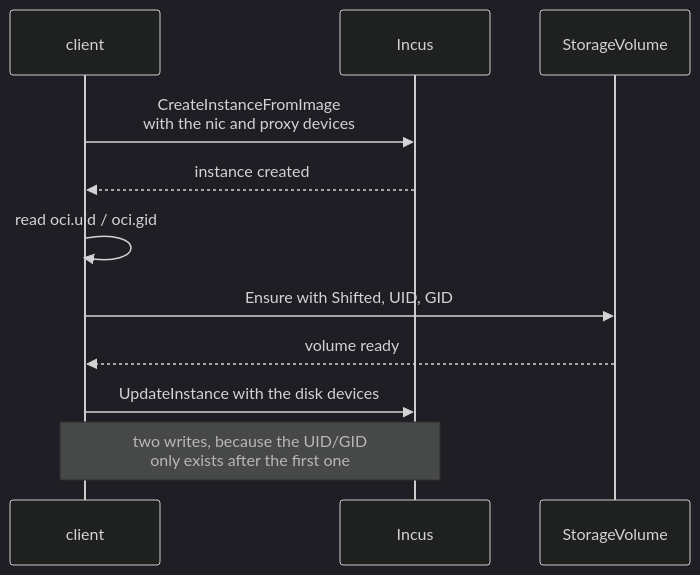
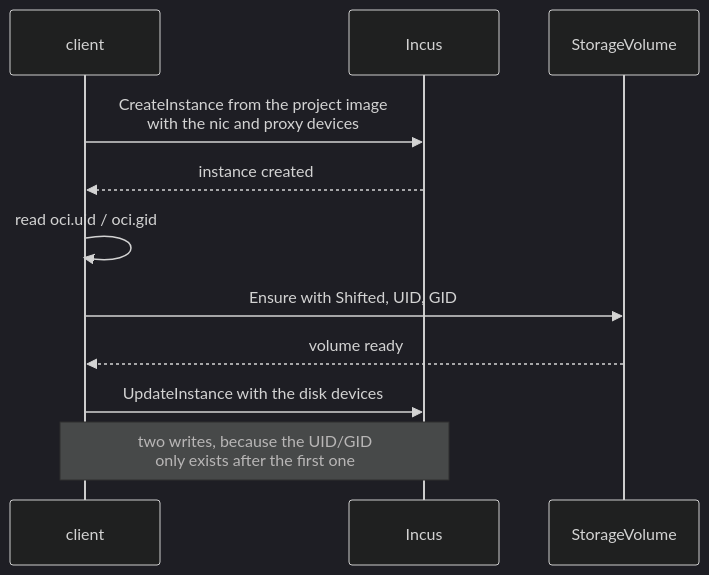
One commit to jochumdev/incus-compose-docs changed the first of 2 diagrams in root/architecture/client/instance.md. Above: the diagram before and after it, drawn with Mermaid (dark theme). The commit also changed other lines of this file and 20 other files, not shown here.

````diff
--- a/root/architecture/client/instance.md
+++ b/root/architecture/client/instance.md
@@ -129,14 +129,14 @@
 ```mermaid
 sequenceDiagram
     participant C as client
     participant I as Incus
     participant V as StorageVolume
 
-    C->>I: CreateInstanceFromImage<br/>with the nic and proxy devices
+    C->>I: CreateInstance from the project image<br/>with the nic and proxy devices
     I-->>C: instance created
     C->>C: read oci.uid / oci.gid
     C->>V: Ensure with Shifted, UID, GID
     V-->>C: volume ready
     C->>I: UpdateInstance with the disk devices
     Note over C,I: two writes, because the UID/GID<br/>only exists after the first one
 ```
````
